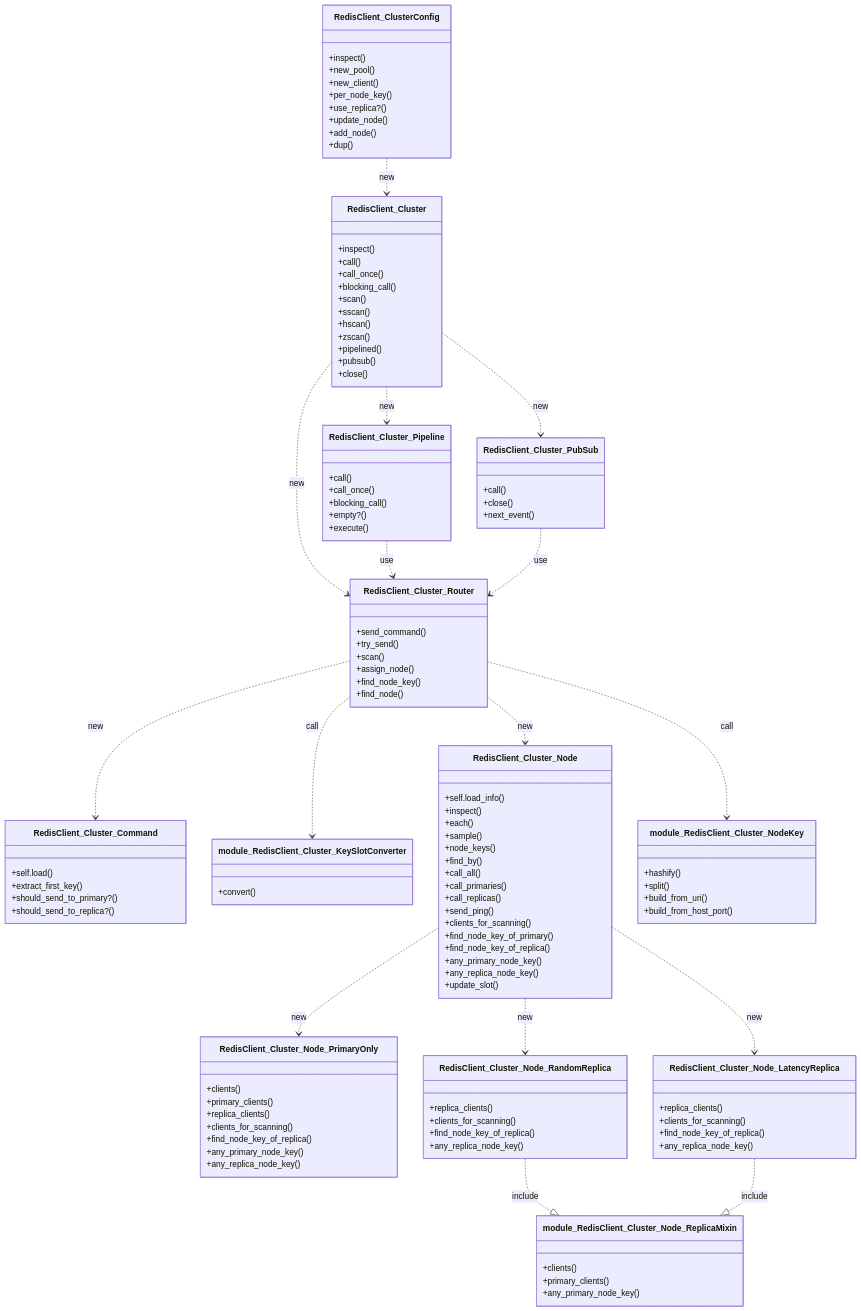
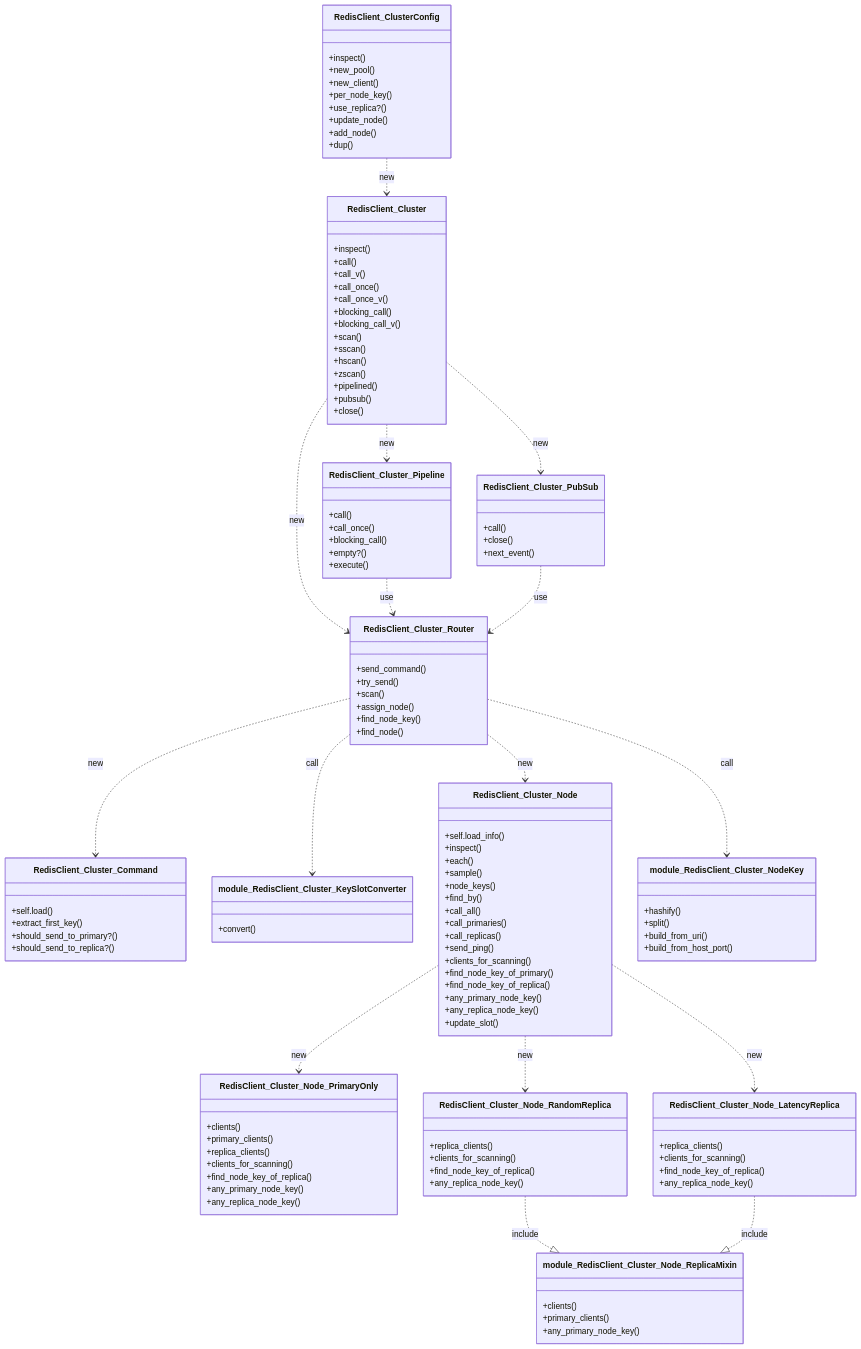
Before and after one commit to redis-rb/redis-cluster-client: the diagram in docs/class_diagrams_redis_cluster_client.md, drawn with Mermaid. The commit also changed 1 other file, not shown here.

Commit message:
docs: add development manners to readme file (#113)

```diff
--- a/docs/class_diagrams_redis_cluster_client.md
+++ b/docs/class_diagrams_redis_cluster_client.md
@@ -5,8 +5,11 @@
   class RedisClient_Cluster {
     +inspect()
     +call()
+    +call_v()
     +call_once()
+    +call_once_v()
     +blocking_call()
+    +blocking_call_v()
     +scan()
     +sscan()
     +hscan()
```
